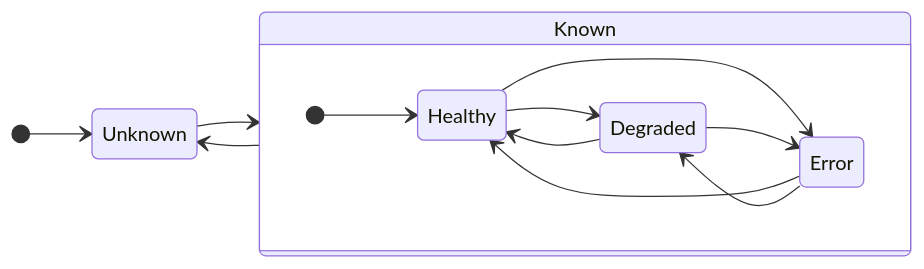
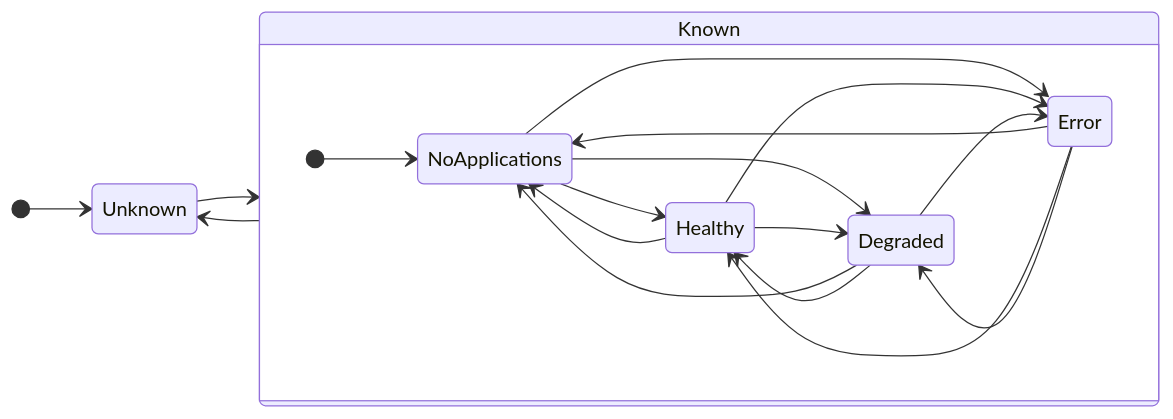
One commit to flightctl/flightctl changed the third of 3 diagrams in docs/user/references/device-api-statuses.md. Above: the diagram before and after it, drawn with Mermaid. The commit also changed other lines of this file and 10 other files, not shown here.

````diff
--- a/docs/user/references/device-api-statuses.md
+++ b/docs/user/references/device-api-statuses.md
@@ -182,31 +183,38 @@
 ```mermaid
 stateDiagram
     classDef transientNotReported stroke-dasharray:5 5
     class ActivatingConfig transientNotReported
 
     classDef notYetSupported fill:white
     class PoweringOff notYetSupported
     class PoweredOff notYetSupported
     class PoweringOn notYetSupported
 
     direction LR
 
     Unknown
     state Known {
         direction LR
 
-        [*] --> Healthy
+        [*] --> NoApplications
+        NoApplications --> Healthy
+        NoApplications --> Degraded
+        NoApplications --> Error
+
+        Healthy --> NoApplications
         Healthy --> Degraded
         Healthy --> Error
 
+        Degraded --> NoApplications
         Degraded --> Healthy
         Degraded --> Error
 
+        Error --> NoApplications
         Error --> Healthy
         Error --> Degraded
     }
 
     [*] --> Unknown
     Unknown --> Known
     Known --> Unknown
 ```
````
